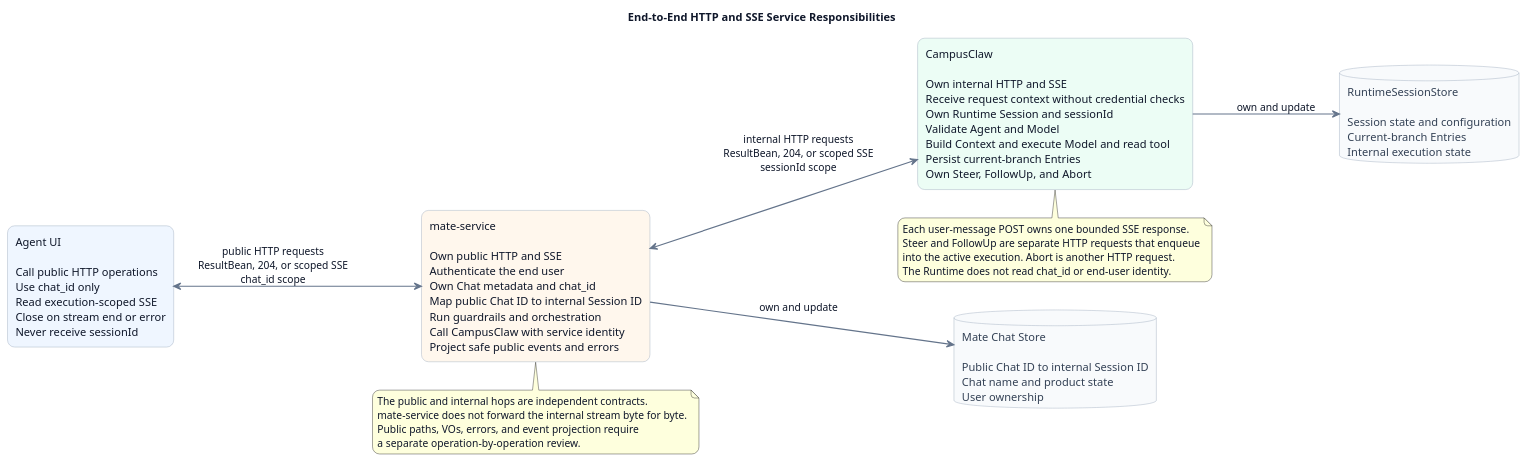
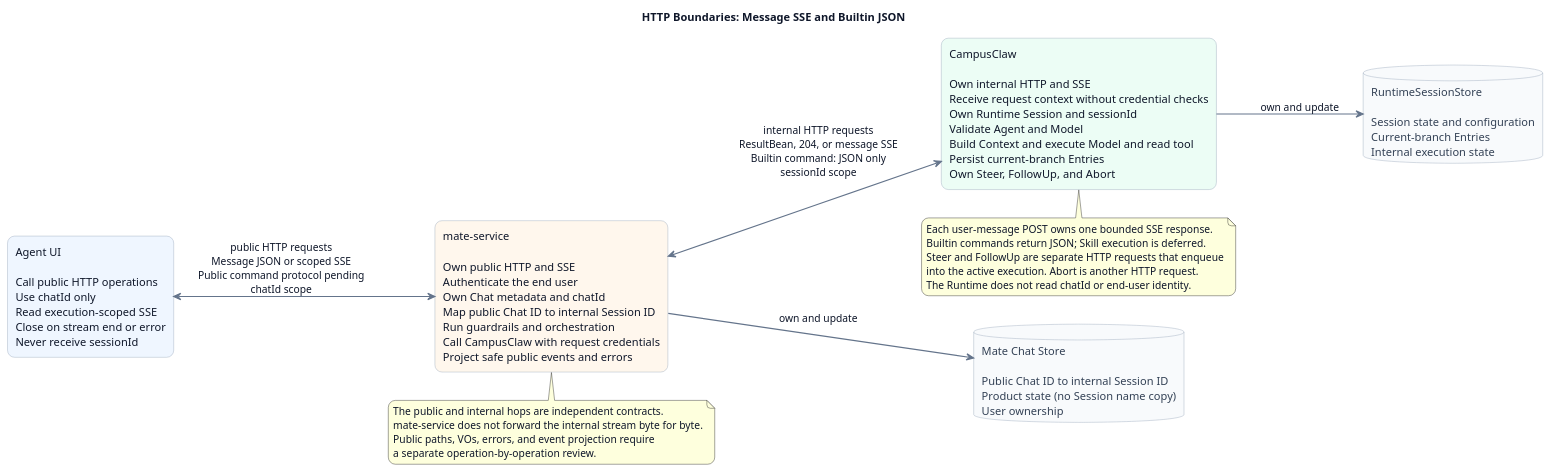
The diagram in 01-总体架构/01-CampusClaw多Agent运行时/设计图/服务边界/diagram.puml (ssm0808/pi-mono-java-design), drawn with PlantUML before and after one commit. The commit also changed 47 other files, not shown here.

Commit message:
docs(command): 收敛 Builtin JSON 契约与分层交付

```diff
--- a/01-总体架构/01-CampusClaw多Agent运行时/设计图/服务边界/diagram.puml
+++ b/01-总体架构/01-CampusClaw多Agent运行时/设计图/服务边界/diagram.puml
@@ -1,61 +1,62 @@
 @startuml mate_agent_service_responsibility_boundary
-title End-to-End HTTP and SSE Service Responsibilities
+title HTTP Boundaries: Message SSE and Builtin JSON
 
 ' Source evidence (pi-mono-java 1f801dbb82bdda30478e3354e685e3153b179a0c):
 ' modules/coding-agent-cli/src/main/java/com/campusclaw/codingagent/runtimeapi/web/RuntimeEventController.java.
 ' modules/coding-agent-cli/src/main/java/com/campusclaw/codingagent/runtimeapi/event/RuntimeEventService.java.
 ' Observed behavior: the CampusClaw internal HTTP POST returns execution-scoped SSE without a public WebSocket path.
 ' Target-only design: the mate-service public HTTP contract and its SSE projection are not implemented in this repository.
-' Architecture change: both hops use HTTP request-response, and execution responses stream SSE for the lifetime of one execution.
-' Product constraint: the UI receives chat_id only; sessionId remains an internal Runtime identifier.
+' Architecture change: both hops use HTTP request-response, message responses stream SSE; Runtime Builtin commands return JSON.
+' Product constraint: the UI receives chatId only; sessionId remains an internal Runtime identifier.
 ' Security hardening: mate-service terminates public auth and projects internal events instead of forwarding bytes transparently.
 ' Design reason: keep user-facing Chat lifecycle separate from durable Runtime Session identity and execution.
 
 skinparam backgroundColor #FFFFFF
 skinparam shadowing false
 skinparam roundcorner 18
 skinparam defaultFontName Arial
 skinparam defaultFontColor #0F172A
 skinparam ArrowColor #64748B
 skinparam ArrowThickness 1.5
 skinparam rectangle {
   BorderColor #94A3B8
   FontColor #0F172A
 }
 skinparam database {
   BorderColor #94A3B8
   BackgroundColor #F8FAFC
   FontColor #334155
 }
 
 left to right direction
 
-rectangle "Agent UI\n\nCall public HTTP operations\nUse chat_id only\nRead execution-scoped SSE\nClose on stream end or error\nNever receive sessionId" as UI #EFF6FF
+rectangle "Agent UI\n\nCall public HTTP operations\nUse chatId only\nRead execution-scoped SSE\nClose on stream end or error\nNever receive sessionId" as UI #EFF6FF
 
-rectangle "mate-service\n\nOwn public HTTP and SSE\nAuthenticate the end user\nOwn Chat metadata and chat_id\nMap public Chat ID to internal Session ID\nRun guardrails and orchestration\nCall CampusClaw with service identity\nProject safe public events and errors" as Mate #FFF7ED
+rectangle "mate-service\n\nOwn public HTTP and SSE\nAuthenticate the end user\nOwn Chat metadata and chatId\nMap public Chat ID to internal Session ID\nRun guardrails and orchestration\nCall CampusClaw with request credentials\nProject safe public events and errors" as Mate #FFF7ED
 
 rectangle "CampusClaw\n\nOwn internal HTTP and SSE\nReceive request context without credential checks\nOwn Runtime Session and sessionId\nValidate Agent and Model\nBuild Context and execute Model and read tool\nPersist current-branch Entries\nOwn Steer, FollowUp, and Abort" as Runtime #ECFDF5
 
-database "Mate Chat Store\n\nPublic Chat ID to internal Session ID\nChat name and product state\nUser ownership" as MateStore
+database "Mate Chat Store\n\nPublic Chat ID to internal Session ID\nProduct state (no Session name copy)\nUser ownership" as MateStore
 
 database "RuntimeSessionStore\n\nSession state and configuration\nCurrent-branch Entries\nInternal execution state" as RuntimeStore
 
-UI <--> Mate : public HTTP requests\nResultBean, 204, or scoped SSE\nchat_id scope
-Mate <--> Runtime : internal HTTP requests\nResultBean, 204, or scoped SSE\nsessionId scope
+UI <--> Mate : public HTTP requests\nMessage JSON or scoped SSE\nPublic command protocol pending\nchatId scope
+Mate <--> Runtime : internal HTTP requests\nResultBean, 204, or message SSE\nBuiltin command: JSON only\nsessionId scope
 Mate --> MateStore : own and update
 Runtime --> RuntimeStore : own and update
 
 note bottom of Mate
 The public and internal hops are independent contracts.
 mate-service does not forward the internal stream byte for byte.
 Public paths, VOs, errors, and event projection require
 a separate operation-by-operation review.
 end note
 
 note bottom of Runtime
 Each user-message POST owns one bounded SSE response.
+Builtin commands return JSON; Skill execution is deferred.
 Steer and FollowUp are separate HTTP requests that enqueue
 into the active execution. Abort is another HTTP request.
-The Runtime does not read chat_id or end-user identity.
+The Runtime does not read chatId or end-user identity.
 end note
 @enduml
```
